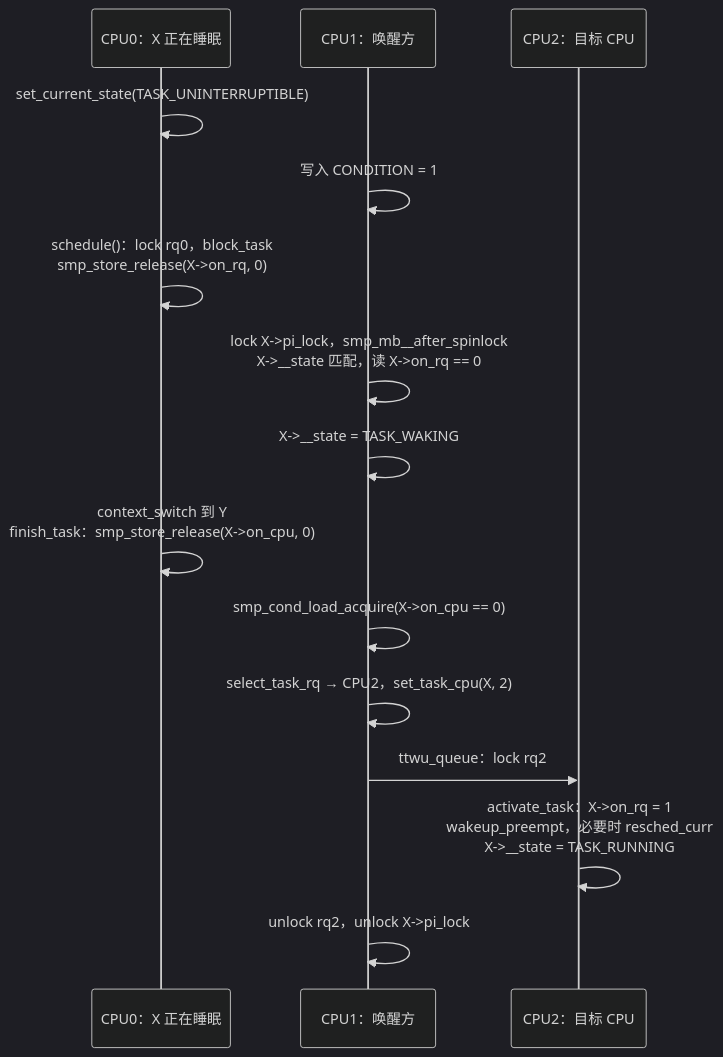
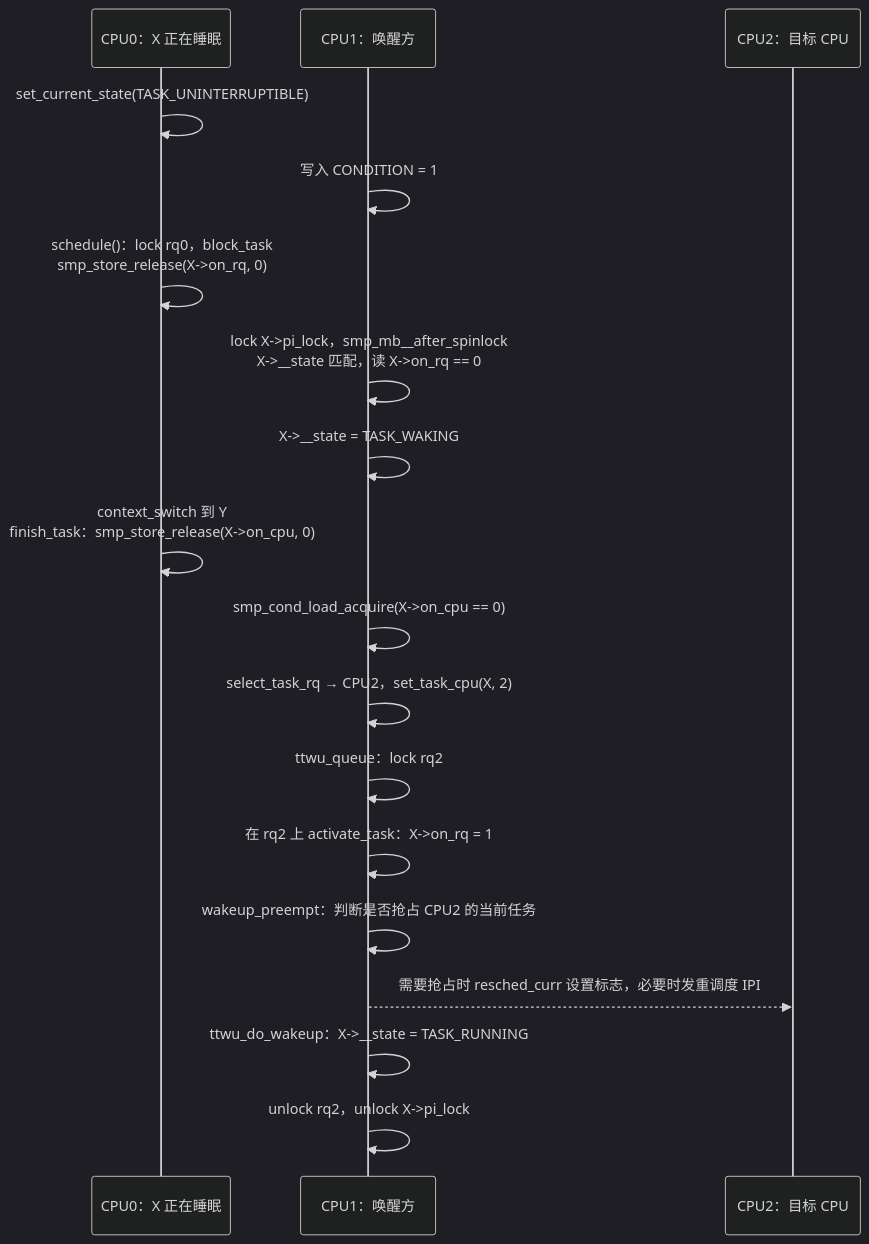
Before and after one commit to linuxperf/linux-study: the fourth of 5 diagrams in book/sched/introduction.md, drawn with Mermaid (dark theme). The commit also changed other lines of this file and 2 other files, not shown here.

````diff
--- a/book/sched/introduction.md
+++ b/book/sched/introduction.md
@@ -658,18 +683,21 @@
 ```mermaid
 sequenceDiagram
     participant C0 as CPU0：X 正在睡眠
     participant C1 as CPU1：唤醒方
     participant C2 as CPU2：目标 CPU
 
     C0->>C0: set_current_state(TASK_UNINTERRUPTIBLE)
     C1->>C1: 写入 CONDITION = 1
     C0->>C0: schedule()：lock rq0，block_task<br/>smp_store_release(X->on_rq, 0)
     C1->>C1: lock X->pi_lock，smp_mb__after_spinlock<br/>X->__state 匹配，读 X->on_rq == 0
     C1->>C1: X->__state = TASK_WAKING
     C0->>C0: context_switch 到 Y<br/>finish_task：smp_store_release(X->on_cpu, 0)
     C1->>C1: smp_cond_load_acquire(X->on_cpu == 0)
     C1->>C1: select_task_rq → CPU2，set_task_cpu(X, 2)
-    C1->>C2: ttwu_queue：lock rq2
-    C2->>C2: activate_task：X->on_rq = 1<br/>wakeup_preempt，必要时 resched_curr<br/>X->__state = TASK_RUNNING
+    C1->>C1: ttwu_queue：lock rq2
+    C1->>C1: 在 rq2 上 activate_task：X->on_rq = 1
+    C1->>C1: wakeup_preempt：判断是否抢占 CPU2 的当前任务
+    C1-->>C2: 需要抢占时 resched_curr 设置标志，必要时发重调度 IPI
+    C1->>C1: ttwu_do_wakeup：X->__state = TASK_RUNNING
     C1->>C1: unlock rq2，unlock X->pi_lock
 ```
````
